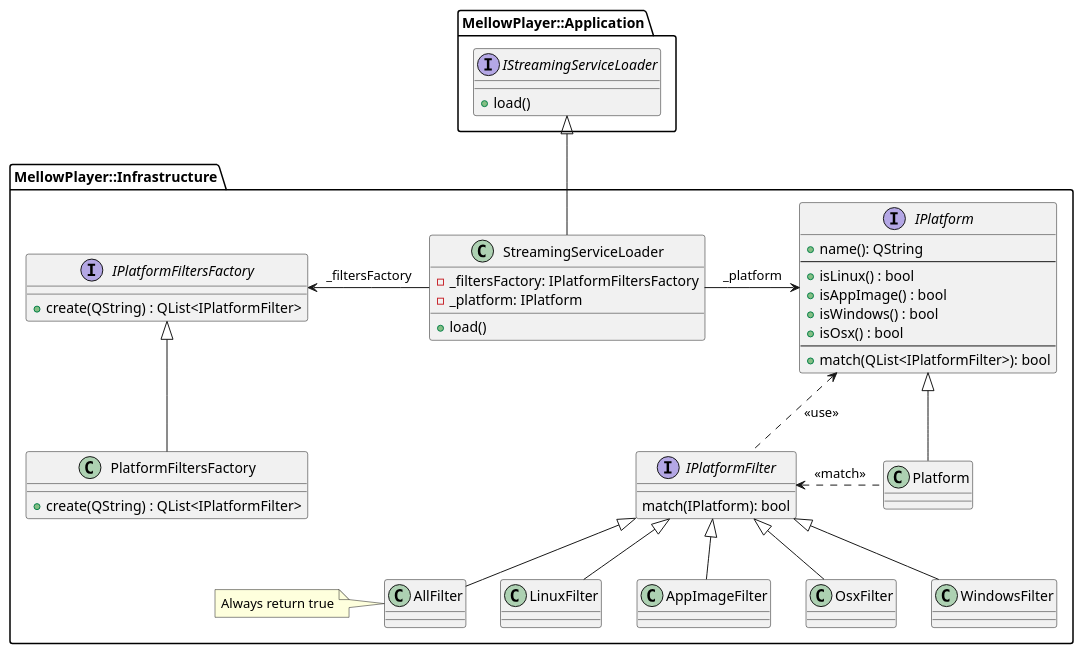
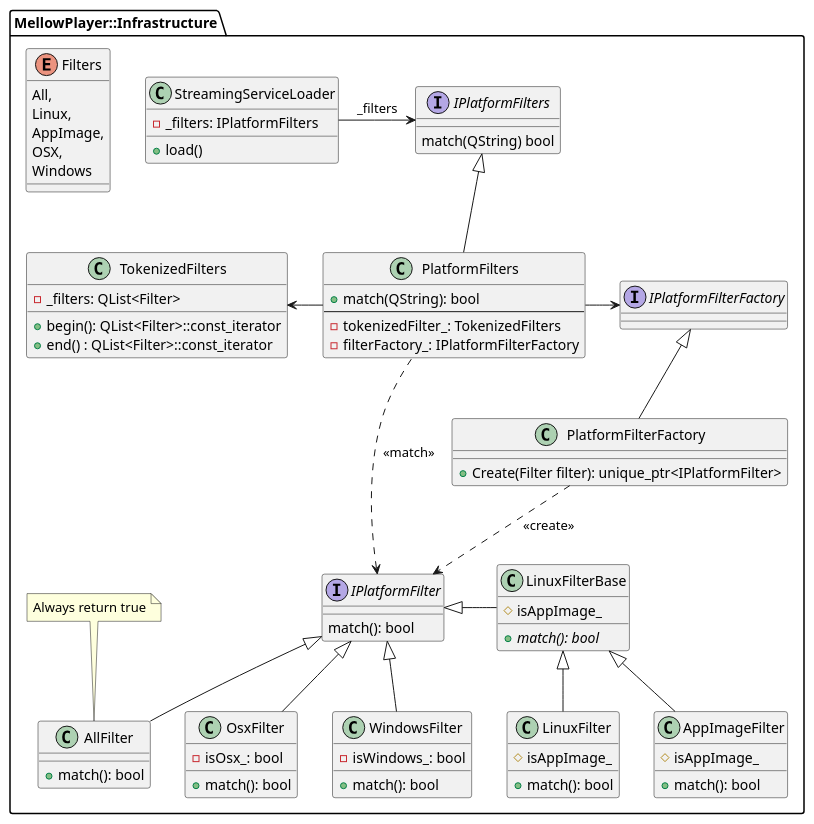
One commit to ColinDuquesnoy/MellowPlayer changed the diagram in docs/developers/PlantUml/FilterPluginsByPlatform.puml. Above: the diagram before and after it, drawn with PlantUML. The commit also changed 25 other files, not shown here.

First line of the commit message:
#115 add platform specific filter

```diff
--- a/docs/developers/PlantUml/FilterPluginsByPlatform.puml
+++ b/docs/developers/PlantUml/FilterPluginsByPlatform.puml
@@ -1,71 +1,91 @@
 @startuml
-
-package MellowPlayer::Application {
-    interface IStreamingServiceLoader {
-        + load()
-    }
-}
 
 package MellowPlayer::Infrastructure {
     class StreamingServiceLoader {
         + load()
-        - _filtersFactory: IPlatformFiltersFactory
-        - _platform: IPlatform
+        - _filters: IPlatformFilters
+    }
+    StreamingServiceLoader -right-> IPlatformFilters: _filters
+
+    interface IPlatformFilters {
+        match(QString) bool
     }
 
-    IStreamingServiceLoader <|-- StreamingServiceLoader
-
-    StreamingServiceLoader -left-> IPlatformFiltersFactory: _filtersFactory
-    StreamingServiceLoader -right-> IPlatform: _platform
-
-    interface IPlatform {
-        + name(): QString
-        --
-        + isLinux() : bool
-        + isAppImage() : bool
-        + isWindows() : bool
-        + isOsx() : bool
-        --
-        + match(QList<IPlatformFilter>): bool
+    enum Filters {
+        All,
+        Linux,
+        AppImage,
+        OSX,
+        Windows
     }
 
-    class Platform
-    IPlatform <|-- Platform
-
-    Platform .left.> IPlatformFilter: <<match>>
-
-    interface IPlatformFiltersFactory {
-        + create(QString) : QList<IPlatformFilter>
+    class TokenizedFilters {
+        - _filters: QList<Filter>
+        + begin(): QList<Filter>::const_iterator
+        + end() : QList<Filter>::const_iterator
     }
 
-    class PlatformFiltersFactory {
-        + create(QString) : QList<IPlatformFilter>
+    interface IPlatformFilterFactory
+
+    class PlatformFilterFactory {
+        + Create(Filter filter): unique_ptr<IPlatformFilter>
+    }
+    IPlatformFilterFactory <|-- PlatformFilterFactory
+    PlatformFilterFactory ..> IPlatformFilter: <<create>>
+
+    class PlatformFilters {
+        + match(QString): bool
+        --
+        - tokenizedFilter_: TokenizedFilters
+        - filterFactory_: IPlatformFilterFactory
+    }
+    IPlatformFilters <|-- PlatformFilters
+    PlatformFilters -left-> TokenizedFilters
+    PlatformFilters -right-> IPlatformFilterFactory
+
+    PlatformFilters .left.> IPlatformFilter: <<match>>
+
+    interface IPlatformFilter {
+         match(): bool
     }
 
-    IPlatformFiltersFactory <|-- PlatformFiltersFactory
-
-    interface IPlatformFilter {
-         match(IPlatform): bool
+    class AllFilter {
+        + match(): bool
     }
-    IPlatform <.. IPlatformFilter: <<use>>
-
-    class AllFilter
     IPlatformFilter <|-- AllFilter
-    note left
+    note top
     Always return true
     end note
 
-    class LinuxFilter
-    IPlatformFilter <|-- LinuxFilter
+    class LinuxFilterBase {
+        # isAppImage_
+        + {abstract} match(): bool
+    }
+    IPlatformFilter <|-right- LinuxFilterBase
 
-    class AppImageFilter
-    IPlatformFilter <|-- AppImageFilter
+    class LinuxFilter {
+        # isAppImage_
+        + match(): bool
+    }
+    LinuxFilterBase <|-- LinuxFilter
 
-    class OsxFilter
+    class AppImageFilter {
+        # isAppImage_
+        + match(): bool
+    }
+    LinuxFilterBase <|-- AppImageFilter
+
+    class OsxFilter {
+        - isOsx_: bool
+        + match(): bool
+    }
     IPlatformFilter <|-- OsxFilter
 
-    class WindowsFilter
+    class WindowsFilter  {
+        - isWindows_: bool
+        + match(): bool
+    }
     IPlatformFilter <|-- WindowsFilter
 }
 
 @enduml
```
